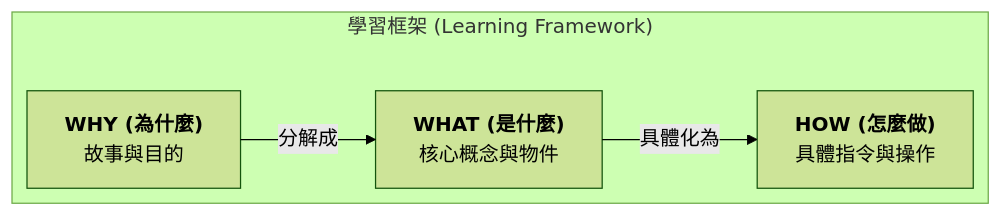
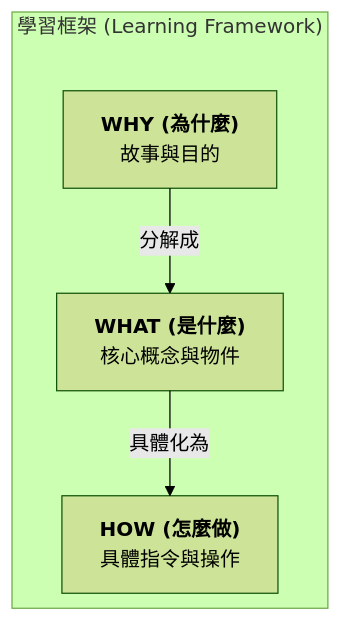
The diagram in why-what-how-framework.md (TOOITW/knowledge-garden), drawn with Mermaid (forest theme) before and after one commit.

Commit message:
chore: update mermaid

````diff
--- a/why-what-how-framework.md
+++ b/why-what-how-framework.md
@@ -7,15 +7,15 @@
 ```mermaid
 ---
 config:
   look: classic
   layout: elk
 ---
-flowchart LR
+flowchart TD
  subgraph subGraph0["學習框架 (Learning Framework)"]
         A["<b>WHY (為什麼)</b><br>故事與目的"]
         B["<b>WHAT (是什麼)</b><br>核心概念與物件"]
         C["<b>HOW (怎麼做)</b><br>具體指令與操作"]
   end
     A -- 分解成 --> B
     B -- 具體化為 --> C
 ```
````
